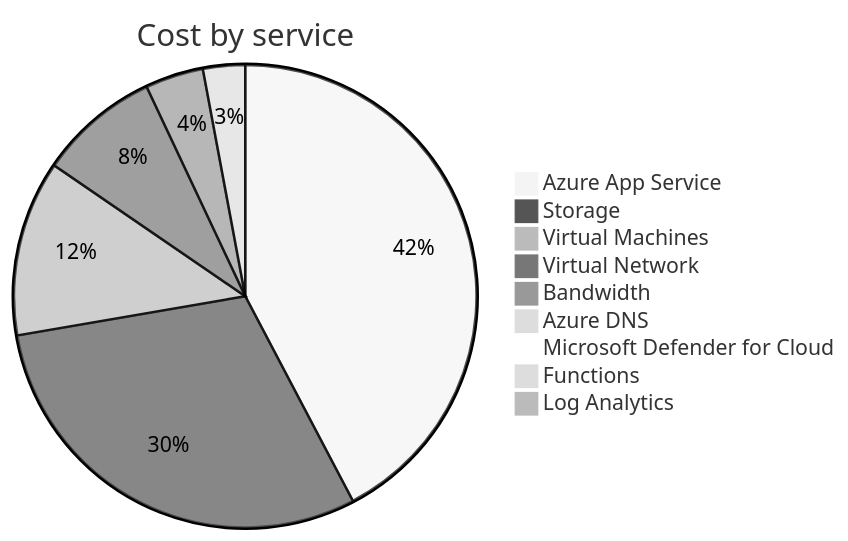
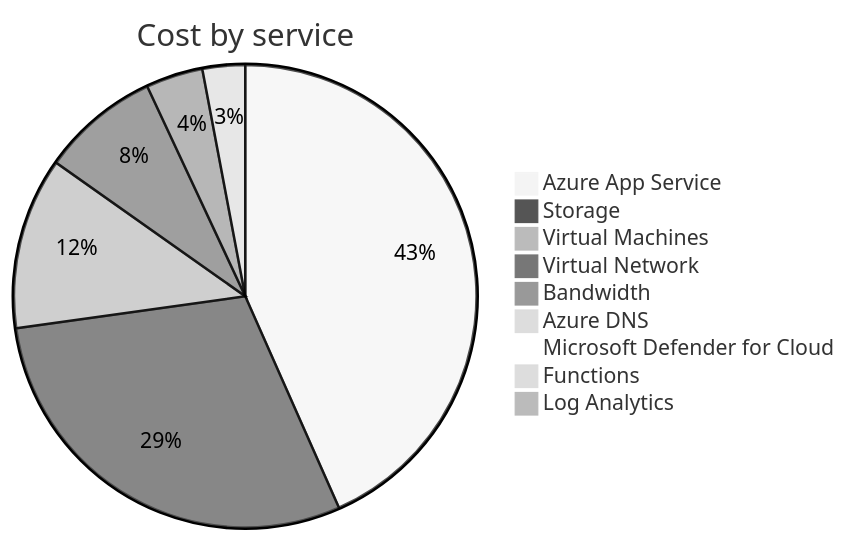
Before and after one commit to jpfulton/azure-personal-reports: the second of 4 diagrams in cost-reports/accumulated-cost.md, drawn with Mermaid (neutral theme). The commit also changed other lines of this file and 4 other files, not shown here.

````diff
--- a/cost-reports/accumulated-cost.md
+++ b/cost-reports/accumulated-cost.md
@@ -103,13 +103,13 @@
 ```mermaid
 pie
    title Cost by service
-   "Azure App Service" : 12.38
-   "Storage" : 8.78
+   "Azure App Service" : 12.97
+   "Storage" : 8.80
    "Virtual Machines" : 3.59
    "Virtual Network" : 2.47
    "Bandwidth" : 1.19
-   "Azure DNS" : 0.86
+   "Azure DNS" : 0.89
    "Microsoft Defender for Cloud" : 0.10
    "Functions" : 0.00
    "Log Analytics" : 0.00
 ```
````
